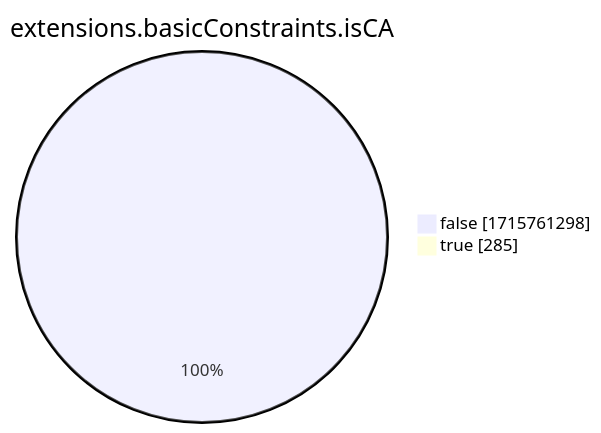
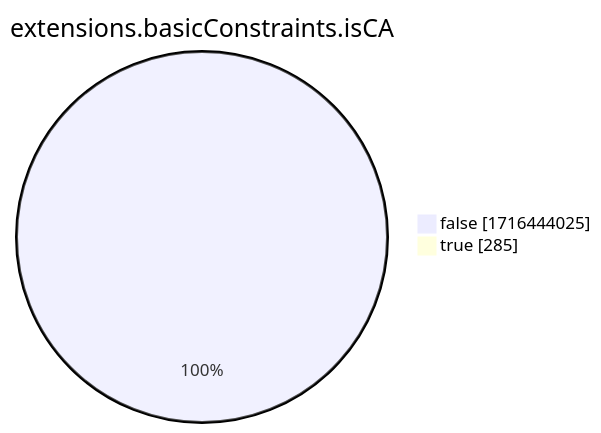
Before and after one commit to christiankrug/ctmonitor_visualization: the eighth of 15 diagrams in xenon2022/README.md, drawn with Mermaid. The commit also changed other lines of this file, not shown here.

````diff
--- a/xenon2022/README.md
+++ b/xenon2022/README.md
@@ -2866,6 +2866,6 @@
 ```mermaid
 pie showData
 title extensions.basicConstraints.isCA
-"false" :1715761298
+"false" :1716444025
 "true" :285
 ```
````
